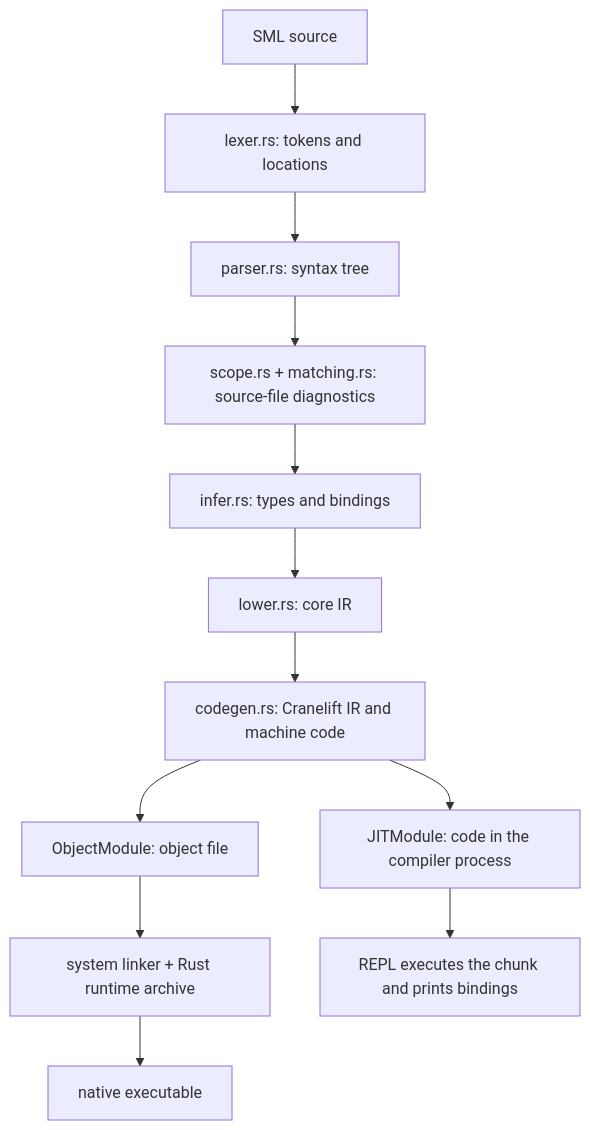
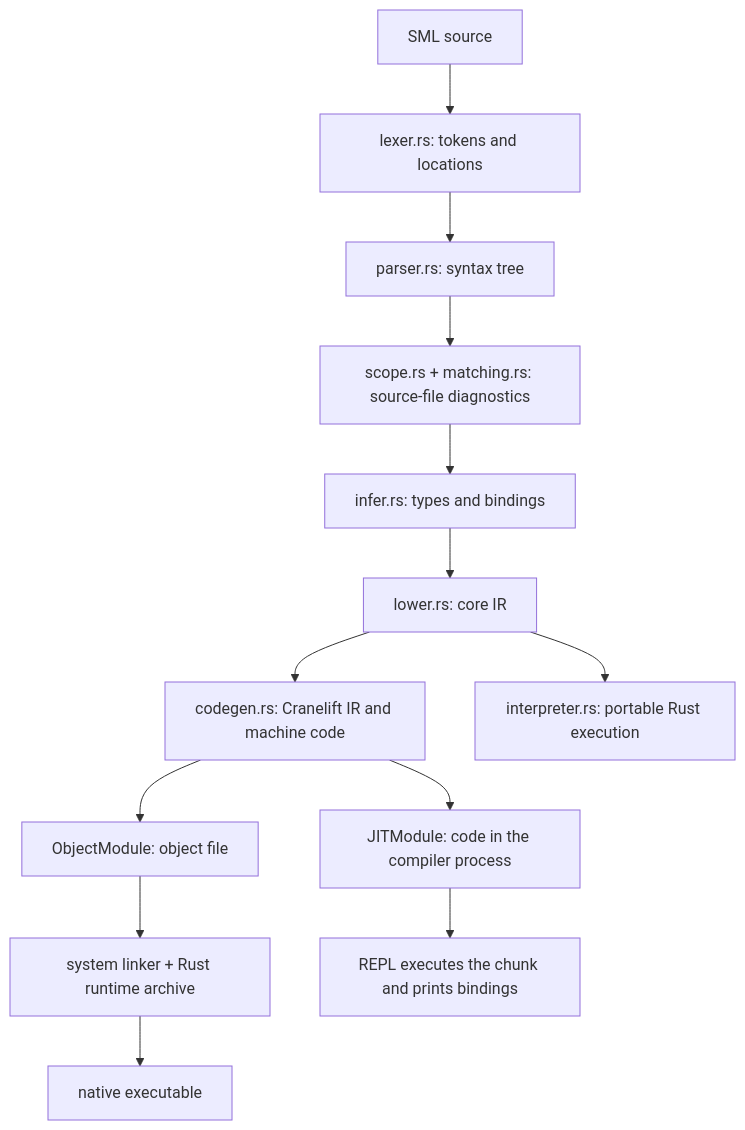
The diagram in docs/architecture.md (Takashiidobe/nassau), drawn with Mermaid before and after one commit. The commit also changed other lines of this file and 52 other files, not shown here.

````diff
--- a/docs/architecture.md
+++ b/docs/architecture.md
@@ -14,14 +14,15 @@
 ```mermaid
 flowchart TD
     source["SML source"] --> lexer["lexer.rs: tokens and locations"]
     lexer --> parser["parser.rs: syntax tree"]
     parser --> checks["scope.rs + matching.rs: source-file diagnostics"]
     checks --> infer["infer.rs: types and bindings"]
     infer --> lower["lower.rs: core IR"]
     lower --> codegen["codegen.rs: Cranelift IR and machine code"]
+    lower --> interpreter["interpreter.rs: portable Rust execution"]
     codegen --> object["ObjectModule: object file"]
     object --> linker["system linker + Rust runtime archive"]
     linker --> executable["native executable"]
     codegen --> jit["JITModule: code in the compiler process"]
     jit --> repl["REPL executes the chunk and prints bindings"]
 ```
````
